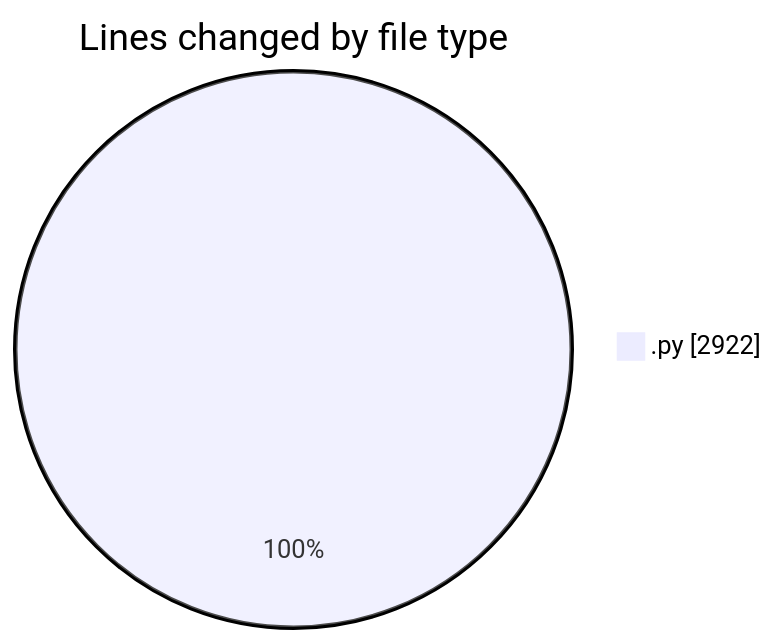
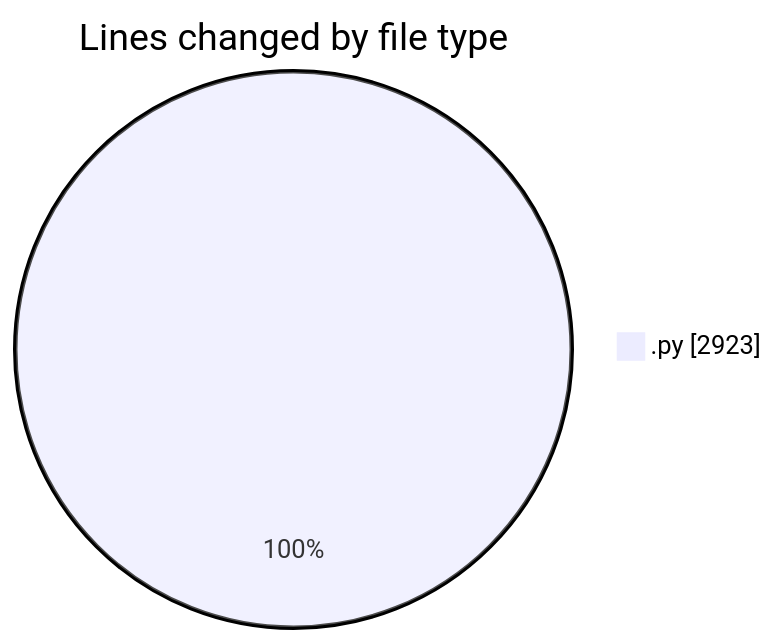
Before and after one commit to MatusMokan/code-tracking: the first of 2 diagrams in 2025-05-08/myws__workspace_/README.md, drawn with Mermaid. The commit also changed other lines of this file and 1 other file, not shown here.

````diff
--- a/2025-05-08/myws__workspace_/README.md
+++ b/2025-05-08/myws__workspace_/README.md
@@ -23,5 +23,5 @@
 ```mermaid
 pie showData
 title Lines changed by file type
-".py" : 2922
+".py" : 2923
 ```
````
